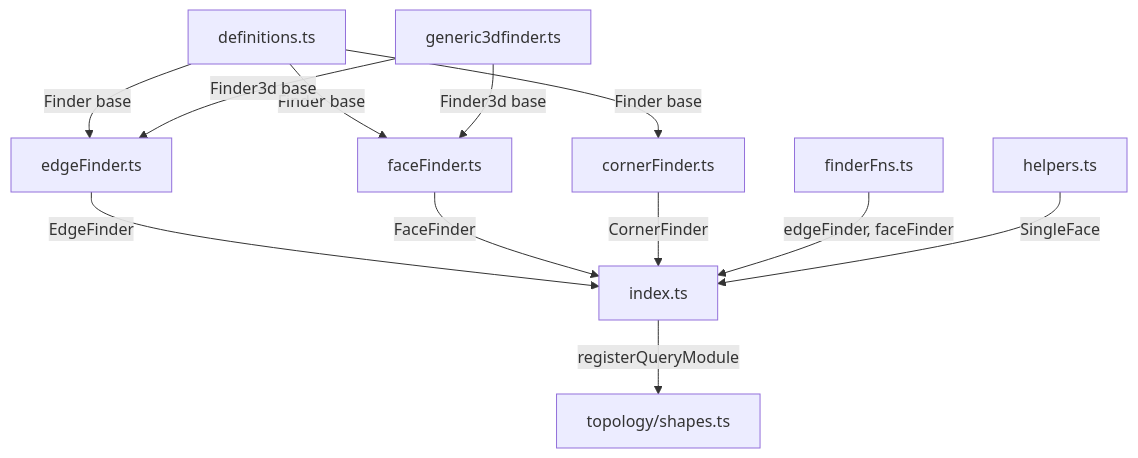
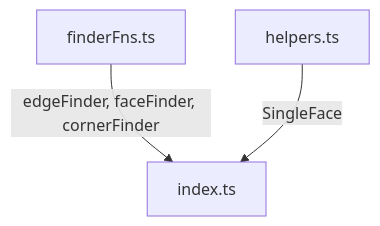
One commit to andymai/brepjs changed the diagram in src/query/README.md. Above: the diagram before and after it, drawn with Mermaid. The commit also changed other lines of this file and 32 other files, not shown here.

````diff
--- a/src/query/README.md
+++ b/src/query/README.md
@@ -5,14 +5,5 @@
 ```mermaid
 graph TB
-    D[definitions.ts] -->|Finder base| EF[edgeFinder.ts]
-    D -->|Finder base| FF[faceFinder.ts]
-    D -->|Finder base| CF[cornerFinder.ts]
-    G[generic3dfinder.ts] -->|Finder3d base| EF
-    G -->|Finder3d base| FF
-    EF -->|EdgeFinder| I[index.ts]
-    FF -->|FaceFinder| I
-    CF -->|CornerFinder| I
-    FN[finderFns.ts] -->|edgeFinder, faceFinder| I
+    FN[finderFns.ts] -->|edgeFinder, faceFinder, cornerFinder| I[index.ts]
     H[helpers.ts] -->|SingleFace| I
-    I -->|registerQueryModule| T[topology/shapes.ts]
 ```
````
